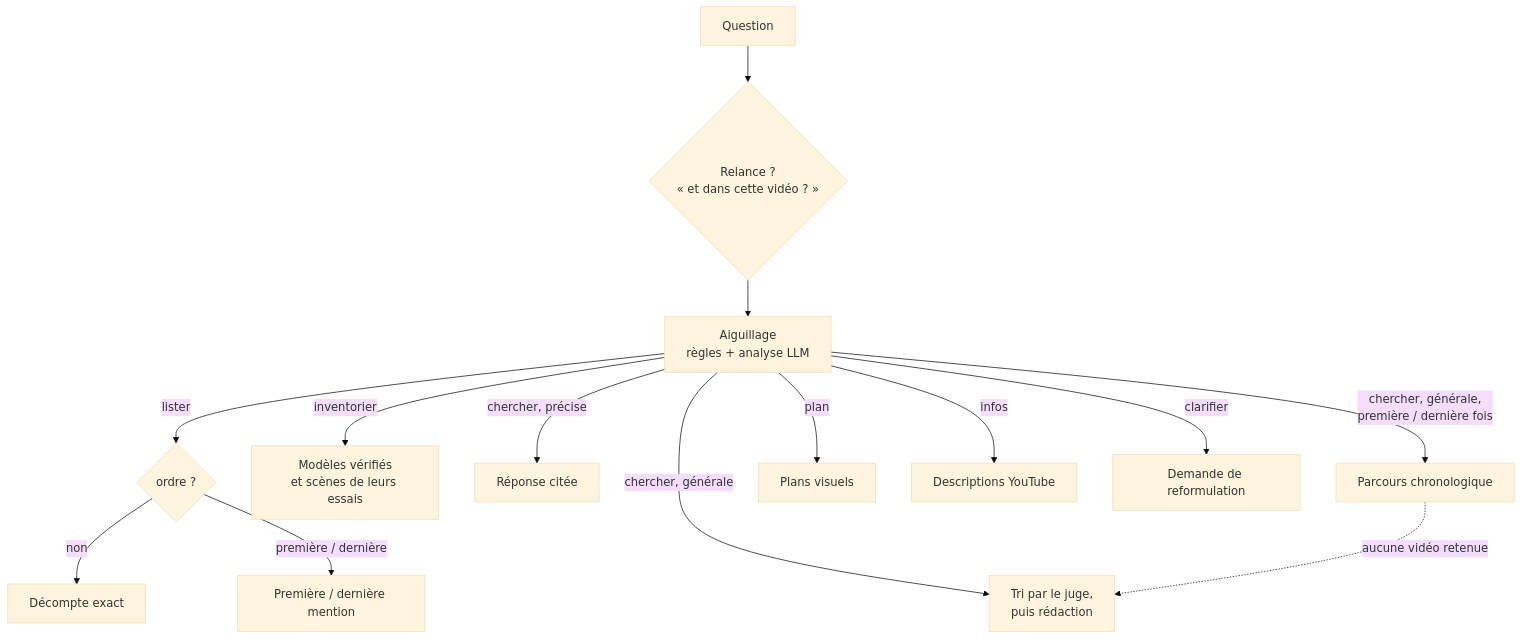
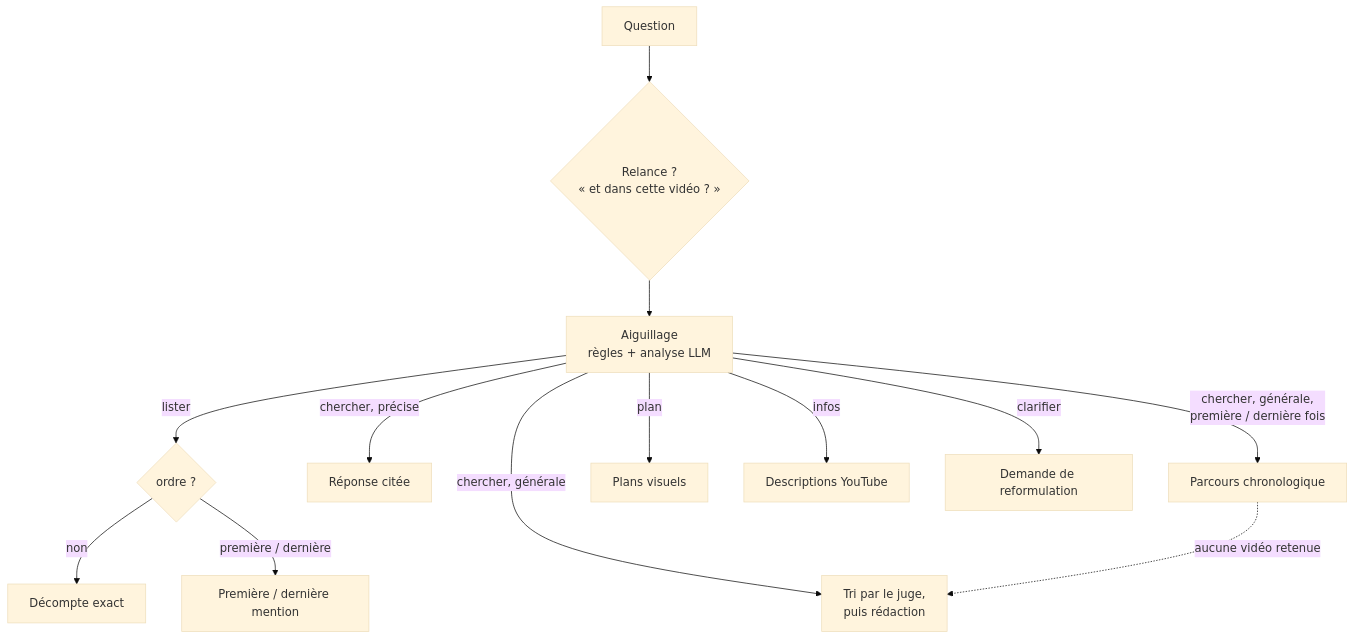
The diagram in docs/mecaniques-de-recherche.md (lfpoulain/ragator), drawn with Mermaid (base theme) before and after one commit. The commit also changed other lines of this file and 16 other files, not shown here.

````diff
--- a/docs/mecaniques-de-recherche.md
+++ b/docs/mecaniques-de-recherche.md
@@ -30,16 +30,15 @@
 ```mermaid
 flowchart TD
   Q[Question] --> F{Relance ?<br/>« et dans cette vidéo ? »}
   F --> A[Aiguillage<br/>règles + analyse LLM]
   A -->|lister| L{ordre ?}
-  A -->|inventorier| E[Modèles vérifiés<br/>et scènes de leurs essais]
   L -->|non| D[Décompte exact]
   L -->|première / dernière| M[Première / dernière mention]
   A -->|chercher, précise| P[Réponse citée]
   A -->|chercher, générale| G[Tri par le juge,<br/>puis rédaction]
   A -->|chercher, générale,<br/>première / dernière fois| C[Parcours chronologique]
   C -.->|aucune vidéo retenue| G
   A -->|plan| V[Plans visuels]
   A -->|infos| I[Descriptions YouTube]
   A -->|clarifier| R[Demande de reformulation]
 ```
````
